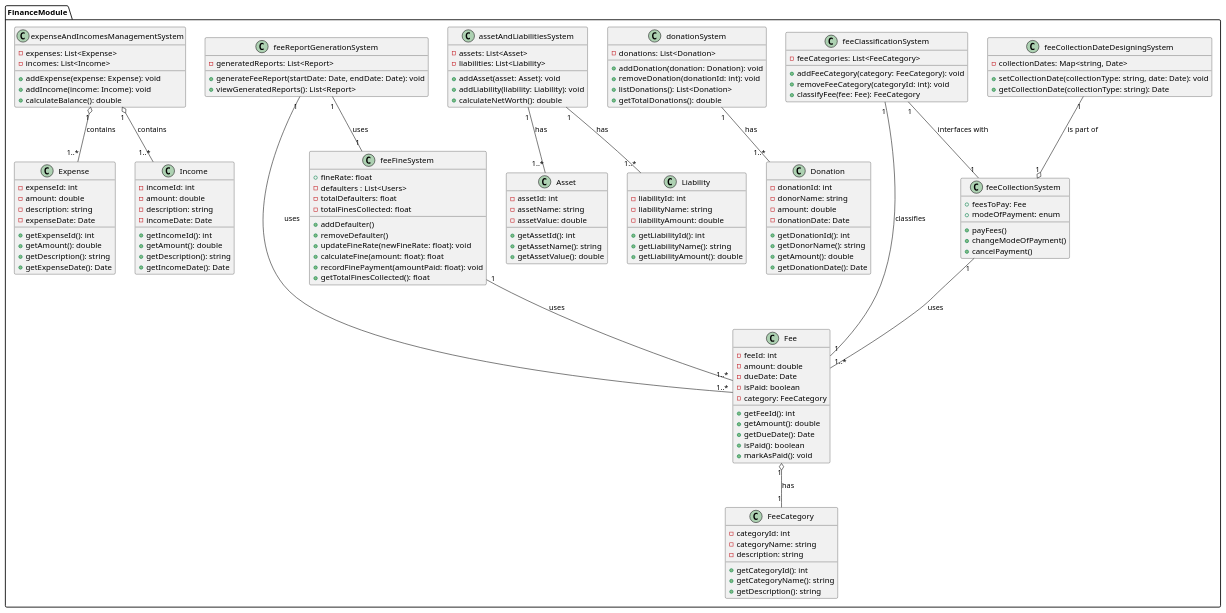
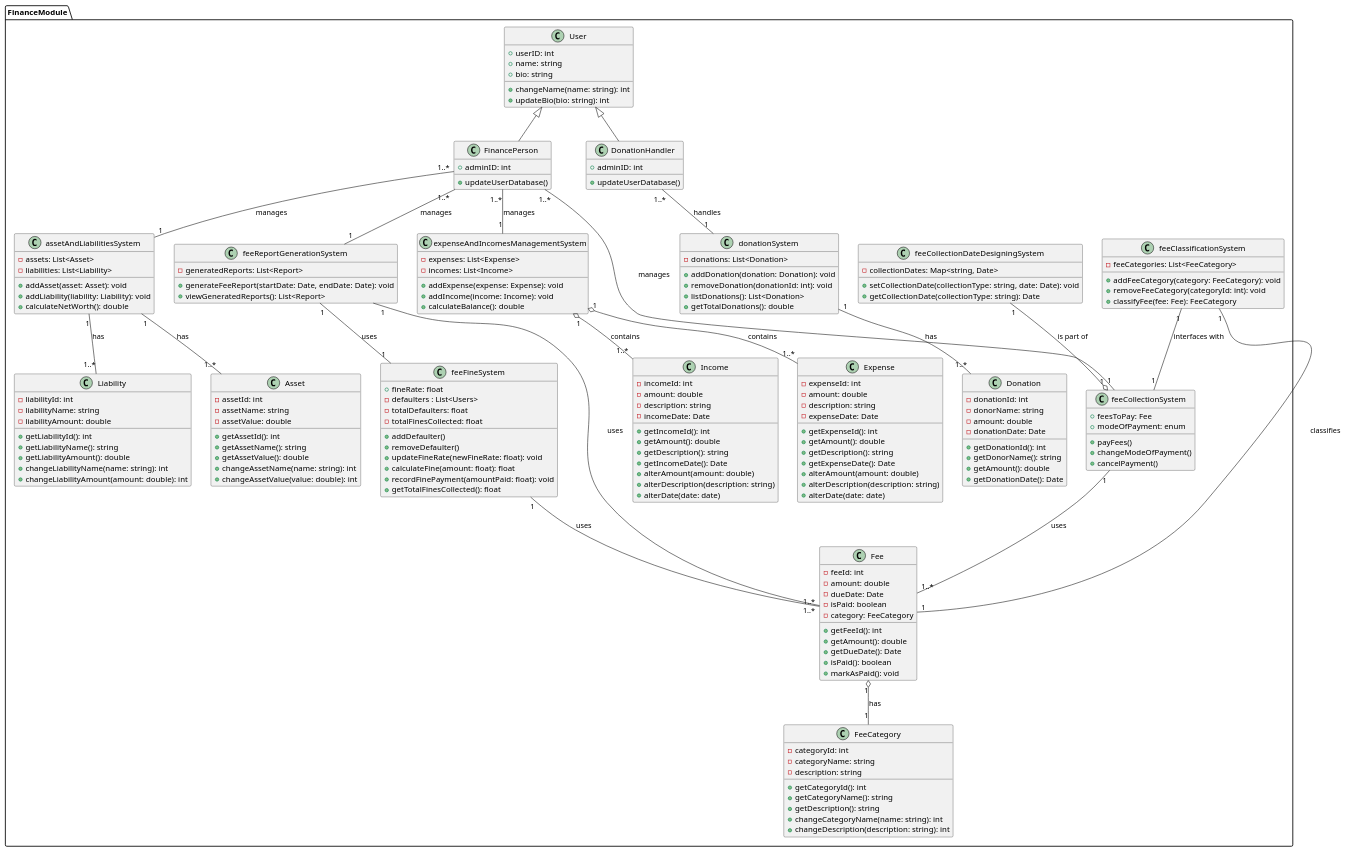
One commit to anshium/DASS-Assignment-3-IMS-System-Design changed the diagram in finance.plantuml. Above: the diagram before and after it, drawn with PlantUML.

Commit message:
update finance

```diff
--- a/finance.plantuml
+++ b/finance.plantuml
@@ -18,9 +18,12 @@
 		- categoryId: int
 		- categoryName: string
 		- description: string
+
 		+ getCategoryId(): int
 		+ getCategoryName(): string
 		+ getDescription(): string
+		+ changeCategoryName(name: string): int
+		+ changeDescription(description: string): int
 	}
 
 	class feeClassificationSystem {
@@ -90,18 +93,24 @@
 		- assetId: int
 		- assetName: string
 		- assetValue: double
+		
 		+ getAssetId(): int
 		+ getAssetName(): string
 		+ getAssetValue(): double
+		+ changeAssetName(name: string): int
+		+ changeAssetValue(value: double): int
 	}
 
 	class Liability {
 		- liabilityId: int
 		- liabilityName: string
 		- liabilityAmount: double
+
 		+ getLiabilityId(): int
 		+ getLiabilityName(): string
 		+ getLiabilityAmount(): double
+		+ changeLiabilityName(name: string): int
+		+ changeLiabilityAmount(amount: double): int
 	}
 
 	class feeReportGenerationSystem {
@@ -130,6 +139,9 @@
 		+ getAmount(): double
 		+ getDescription(): string
 		+ getExpenseDate(): Date
+		+ alterAmount(amount: double)
+		+ alterDescription(description: string)
+		+ alterDate(date: date)
 	}
 
 	class Income {
@@ -142,7 +154,30 @@
 		+ getAmount(): double
 		+ getDescription(): string
 		+ getIncomeDate(): Date
+		+ alterAmount(amount: double)
+		+ alterDescription(description: string)
+		+ alterDate(date: date)
 	}
+
+	class User {
+        + userID: int
+        + name: string
+        + bio: string
+
+        + changeName(name: string): int
+        + updateBio(bio: string): int
+    }
+
+    class FinancePerson extends User {
+        + adminID: int
+
+        + updateUserDatabase()
+    }
+    class DonationHandler extends User {
+        + adminID: int
+
+        + updateUserDatabase()
+    }
 
 	expenseAndIncomesManagementSystem "1" o-- "1..*" Income: contains
 	expenseAndIncomesManagementSystem "1" o-- "1..*" Expense: contains
@@ -158,6 +193,11 @@
 	feeReportGenerationSystem "1" -- "1" feeFineSystem: uses
 	feeClassificationSystem "1" -- "1" feeCollectionSystem: interfaces with
 
+	FinancePerson "1..*" -- "1" expenseAndIncomesManagementSystem: manages
+	FinancePerson "1..*" -- "1" feeReportGenerationSystem: manages
+	FinancePerson "1..*" -- "1" feeCollectionSystem: manages
+	FinancePerson "1..*" -- "1" assetAndLiabilitiesSystem: manages
+	DonationHandler "1..*" -- "1" donationSystem: handles
 }
 
 @enduml
```
